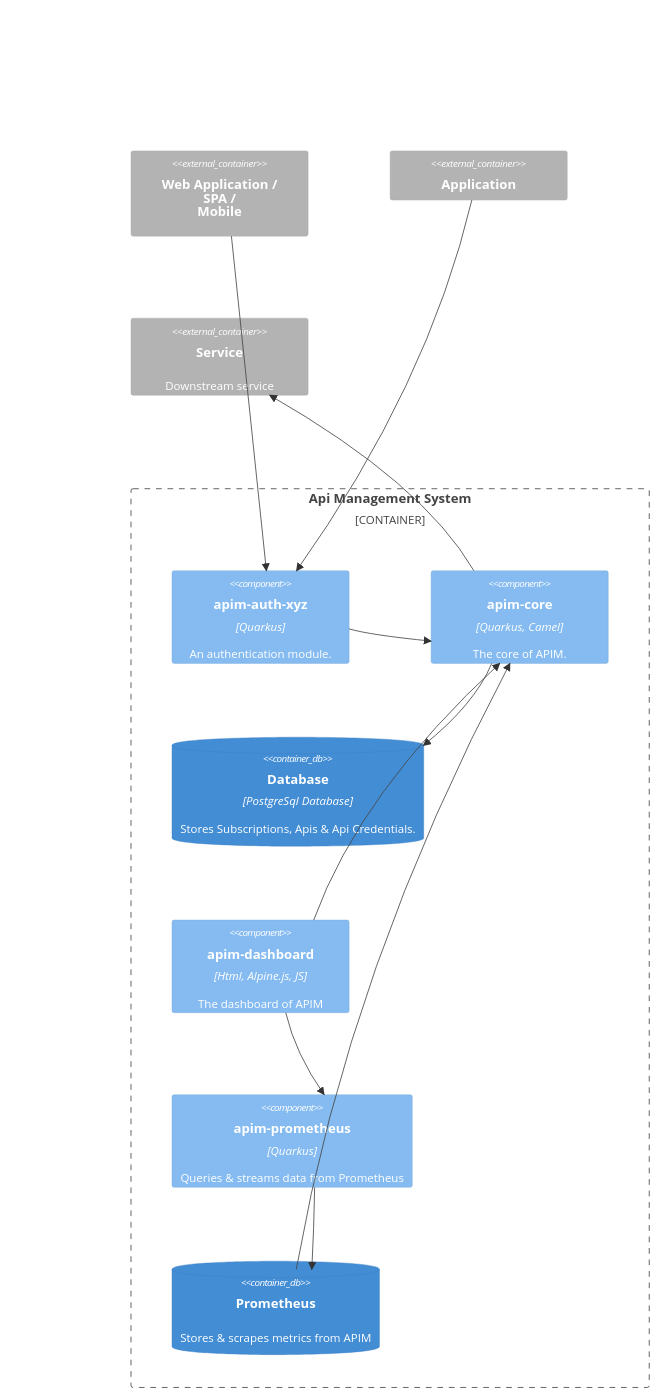
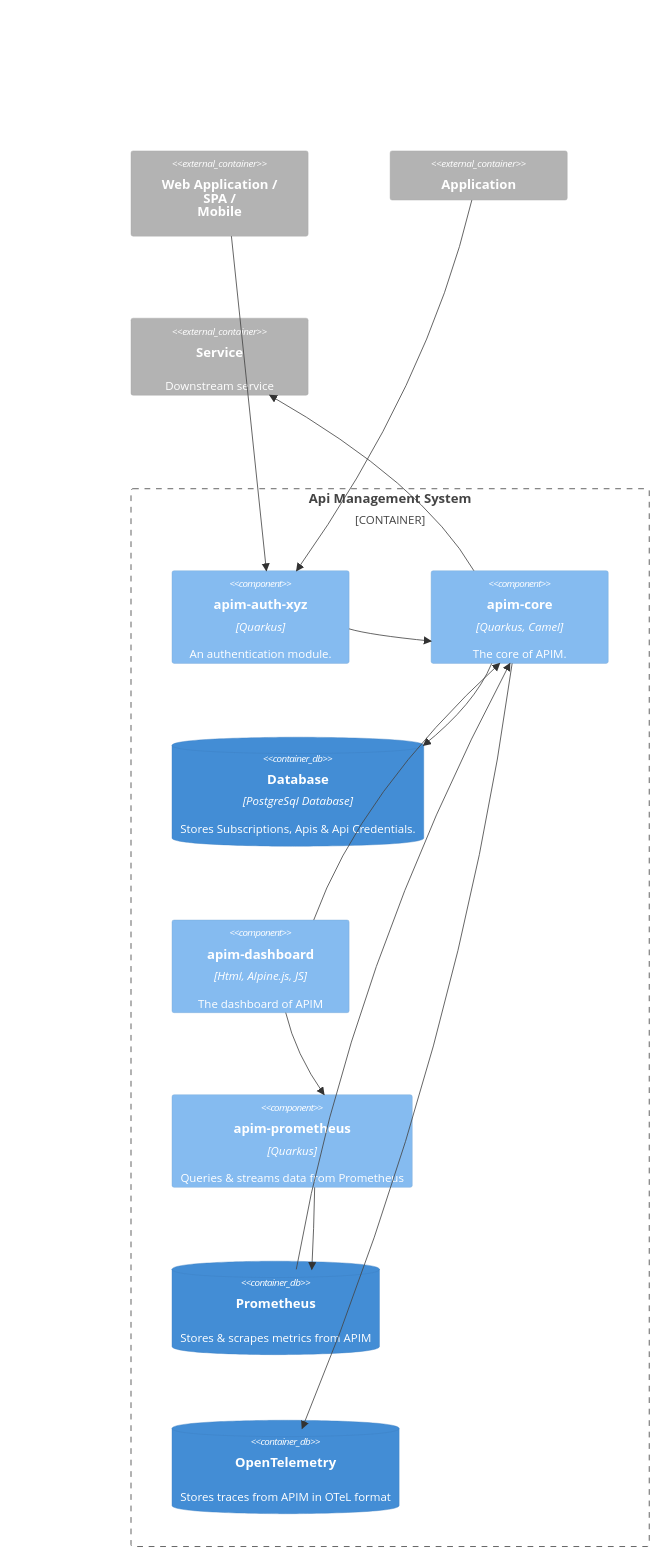
The first of 2 diagrams in README.md (Serkan80/api-management), drawn with Mermaid before and after one commit.

````diff
--- a/README.md
+++ b/README.md
@@ -65,28 +65,30 @@
 ```mermaid
         C4Container
   Container_Ext(web_app, "<br/><br/>Web Application /<br/>SPA /<br/>Mobile", "", "")
   Container_Ext(service, "Application", "", "")
   Container_Ext(backend, "Service", "", "Downstream service")
   
   Container_Boundary(c1, "Api Management System") {
     Component(apim-auth, "apim-auth-xyz", "Quarkus", "An authentication module.")
     Component(apim, "apim-core", "Quarkus, Camel", "The core of APIM.")
     ContainerDb(db, "Database", "PostgreSql Database", "Stores Subscriptions, Apis & Api Credentials.")
     Component(dashboard, "apim-dashboard", "Html, Alpine.js, JS", "The dashboard of APIM")
     Component(apim-prom, "apim-prometheus", "Quarkus", "Queries & streams data from Prometheus")
     ContainerDb(prom, "Prometheus", "", "Stores & scrapes metrics from APIM")
+    ContainerDb(trace, "OpenTelemetry", "", "Stores traces from APIM in OTeL format")
   }
 
   Rel(web_app, apim-auth, "", "")
   Rel(service, apim-auth, "", "")
   Rel(prom, apim, "", "")
+  Rel(apim, trace, "", "")
   Rel(apim-prom, prom, "", "")
   Rel(apim-auth, apim, "", "")
   Rel(apim, db, "", "")
   Rel(dashboard, apim, "", "")
   Rel(dashboard, apim-prom, "", "")
   Rel(apim, backend, "", "")
   
   UpdateRelStyle(dashboard, apim-prom, $textColor="red", $offsetX="0", $offsetY="140")
   UpdateLayoutConfig($c4ShapeInRow="3", $c4BoundaryInRow="1")
 ```
````
